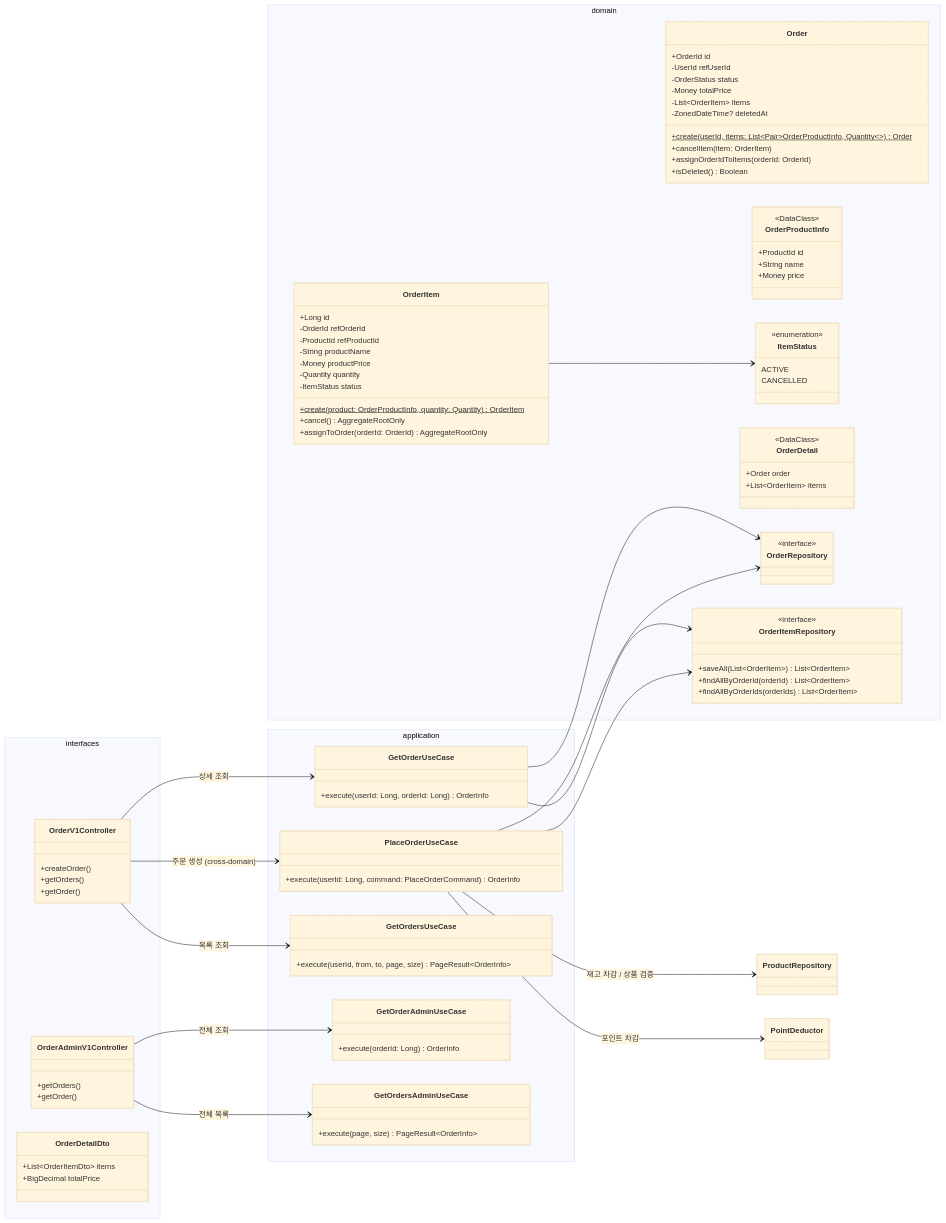
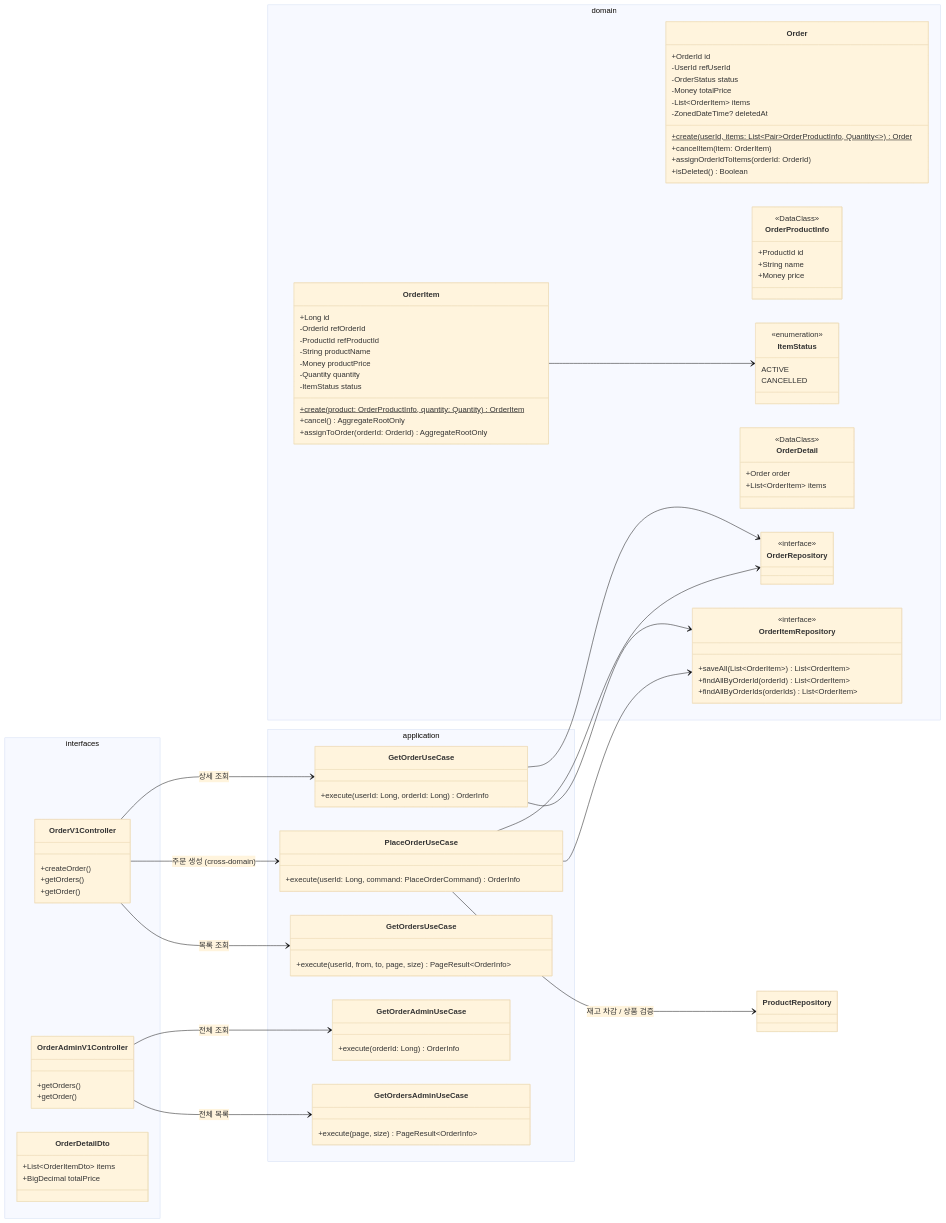
One commit to Loopers-dev-lab/loop-pack-be-l2-vol3-kotlin changed the fifth of 7 diagrams in docs/design/03-class-diagram.md. Above: the diagram before and after it, drawn with Mermaid (base theme). The commit also changed other lines of this file and 9 other files, not shown here.

```diff
--- a/docs/design/03-class-diagram.md
+++ b/docs/design/03-class-diagram.md
@@ -528,7 +506,6 @@
     PlaceOrderUseCase --> OrderRepository
     PlaceOrderUseCase --> OrderItemRepository
     PlaceOrderUseCase --> ProductRepository: 재고 차감 / 상품 검증
-    PlaceOrderUseCase --> PointDeductor: 포인트 차감
     GetOrderUseCase --> OrderRepository
     GetOrderUseCase --> OrderItemRepository
     OrderItem --> ItemStatus
```
